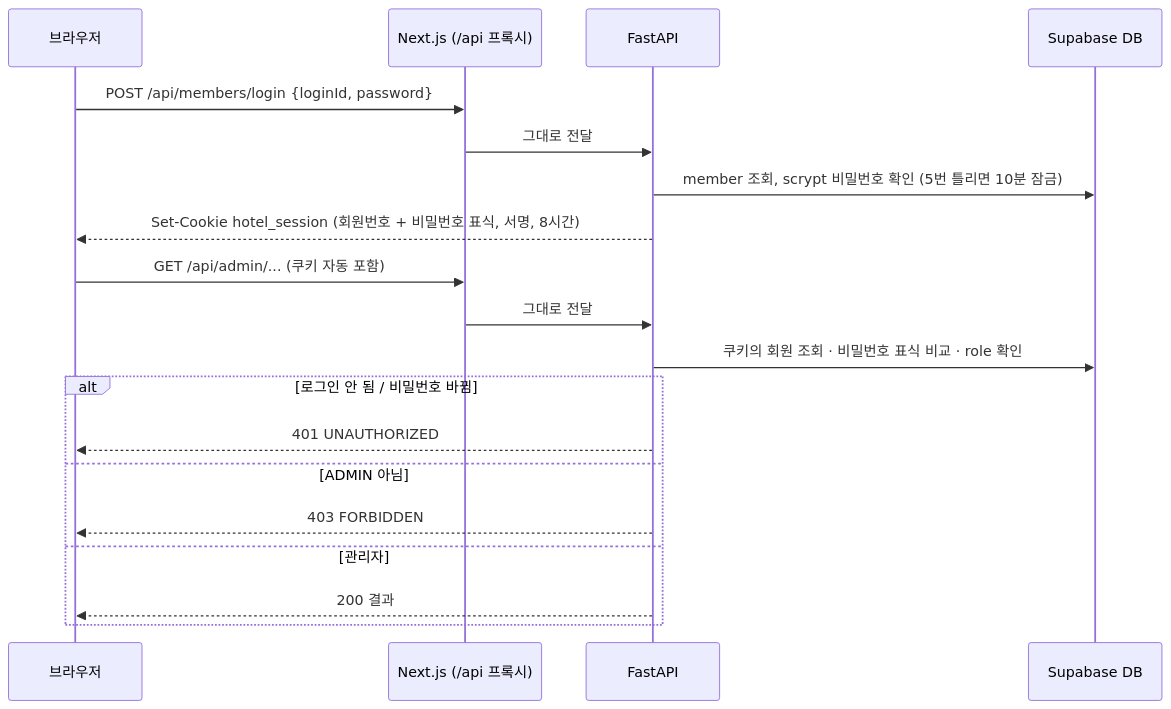
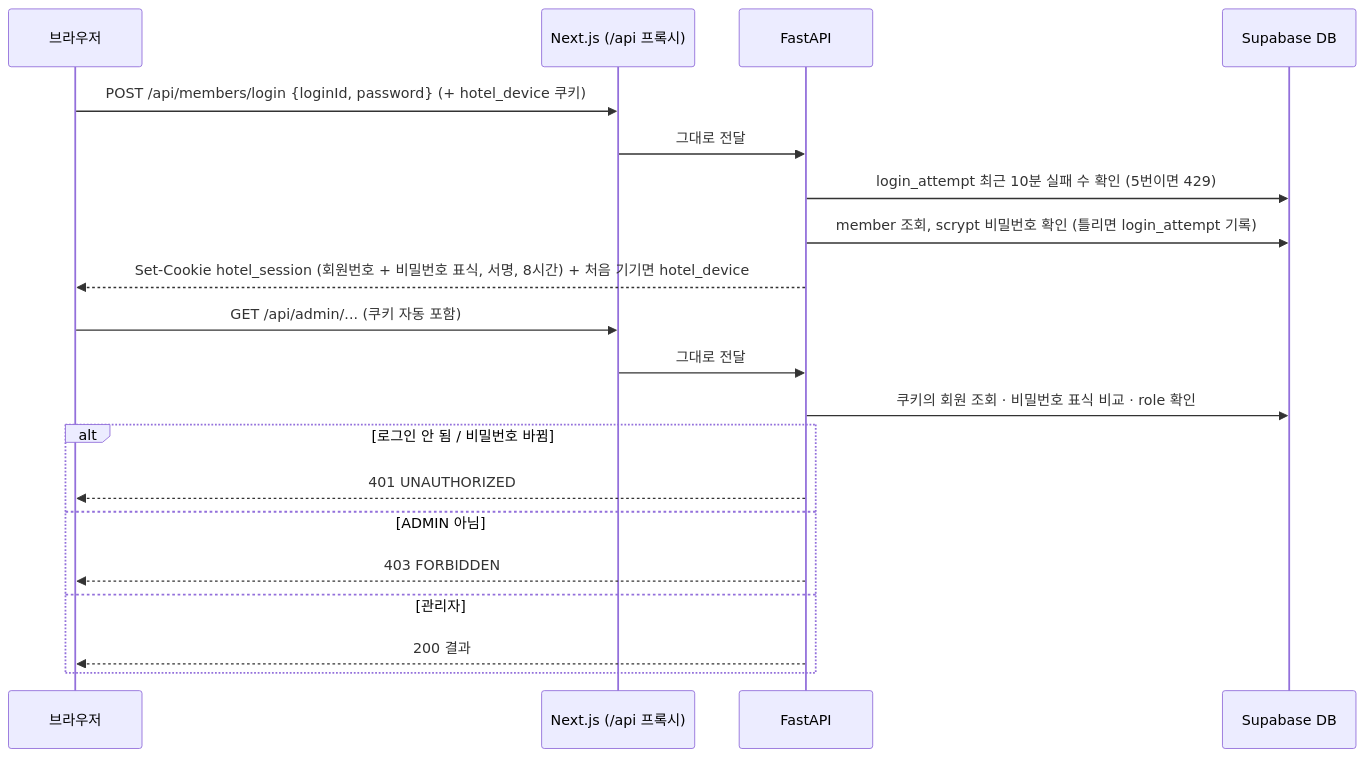
Before and after one commit to hotel-sol/Hotel-reservation: the sixth of 6 diagrams in docs/ARCHITECTURE.md, drawn with Mermaid. The commit also changed other lines of this file and 20 other files, not shown here.

````diff
--- a/docs/ARCHITECTURE.md
+++ b/docs/ARCHITECTURE.md
@@ -164,21 +214,22 @@
 ```mermaid
 sequenceDiagram
     participant B as 브라우저
     participant N as Next.js (/api 프록시)
     participant F as FastAPI
     participant D as Supabase DB
-    B->>N: POST /api/members/login {loginId, password}
+    B->>N: POST /api/members/login {loginId, password} (+ hotel_device 쿠키)
     N->>F: 그대로 전달
-    F->>D: member 조회, scrypt 비밀번호 확인 (5번 틀리면 10분 잠금)
-    F-->>B: Set-Cookie hotel_session (회원번호 + 비밀번호 표식, 서명, 8시간)
+    F->>D: login_attempt 최근 10분 실패 수 확인 (5번이면 429)
+    F->>D: member 조회, scrypt 비밀번호 확인 (틀리면 login_attempt 기록)
+    F-->>B: Set-Cookie hotel_session (회원번호 + 비밀번호 표식, 서명, 8시간) + 처음 기기면 hotel_device
     B->>N: GET /api/admin/... (쿠키 자동 포함)
     N->>F: 그대로 전달
     F->>D: 쿠키의 회원 조회 · 비밀번호 표식 비교 · role 확인
     alt 로그인 안 됨 / 비밀번호 바뀜
         F-->>B: 401 UNAUTHORIZED
     else ADMIN 아님
         F-->>B: 403 FORBIDDEN
     else 관리자
         F-->>B: 200 결과
     end
 ```
````
